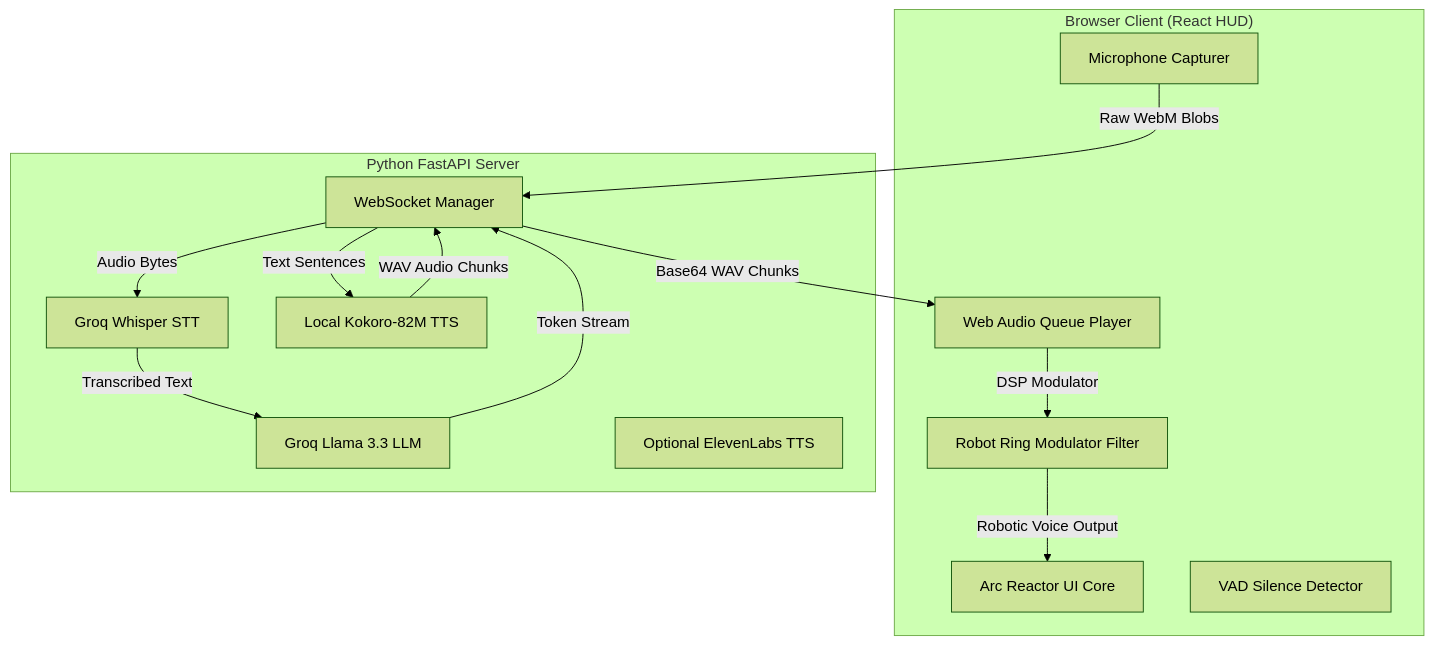
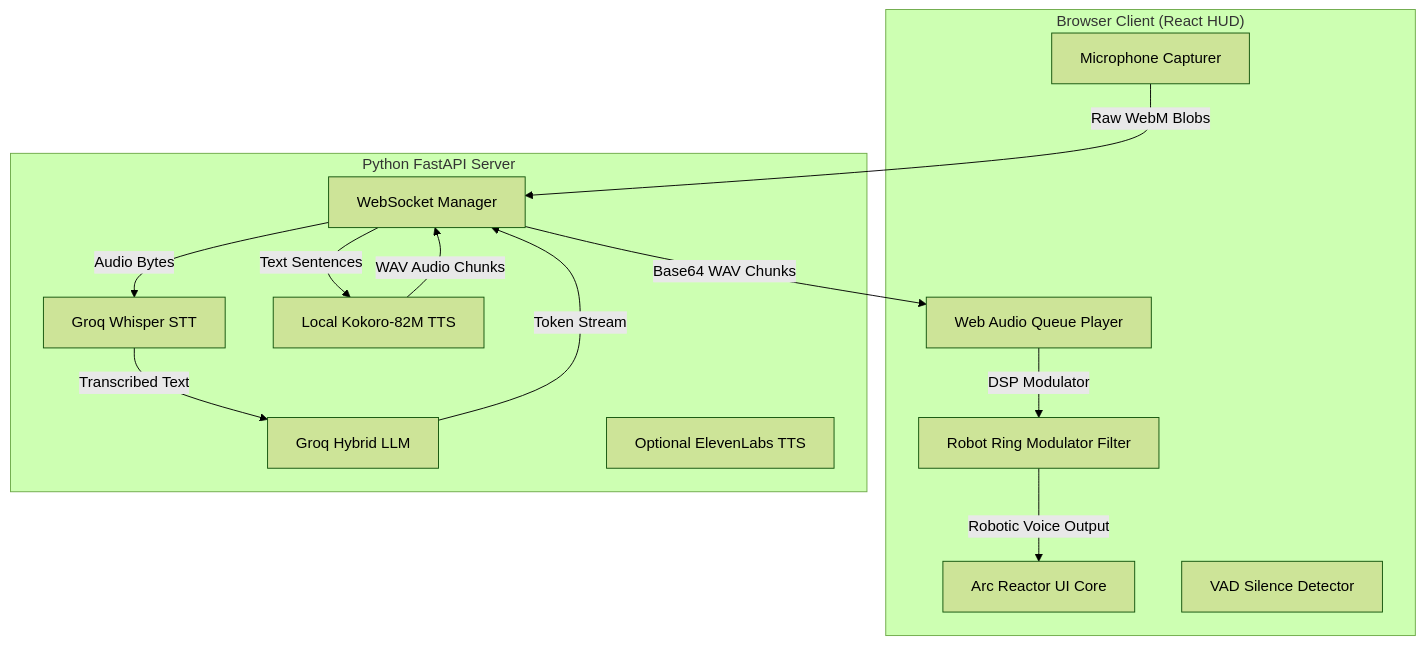
The diagram in README.md (KarthikP-Mac/Jarvis-Ai-Assistant), drawn with Mermaid (forest theme) before and after one commit. The commit also changed other lines of this file and 3 other files, not shown here.

````diff
--- a/README.md
+++ b/README.md
@@ -7,27 +17,27 @@
 ```mermaid
 graph TD
     subgraph Client ["Browser Client (React HUD)"]
         UI[Arc Reactor UI Core]
         Mic[Microphone Capturer]
         VAD[VAD Silence Detector]
         Audio[Web Audio Queue Player]
         RobotFilter[Robot Ring Modulator Filter]
     end
 
     subgraph Backend ["Python FastAPI Server"]
         WS[WebSocket Manager]
         Whisper[Groq Whisper STT]
-        Llama[Groq Llama 3.3 LLM]
+        LLM[Groq Hybrid LLM]
         Kokoro[Local Kokoro-82M TTS]
         Eleven[Optional ElevenLabs TTS]
     end
 
     Mic -->|Raw WebM Blobs| WS
     WS -->|Audio Bytes| Whisper
-    Whisper -->|Transcribed Text| Llama
-    Llama -->|Token Stream| WS
+    Whisper -->|Transcribed Text| LLM
+    LLM -->|Token Stream| WS
     WS -->|Text Sentences| Kokoro
     Kokoro -->|WAV Audio Chunks| WS
     WS -->|Base64 WAV Chunks| Audio
     Audio -->|DSP Modulator| RobotFilter -->|Robotic Voice Output| UI
 ```
````
